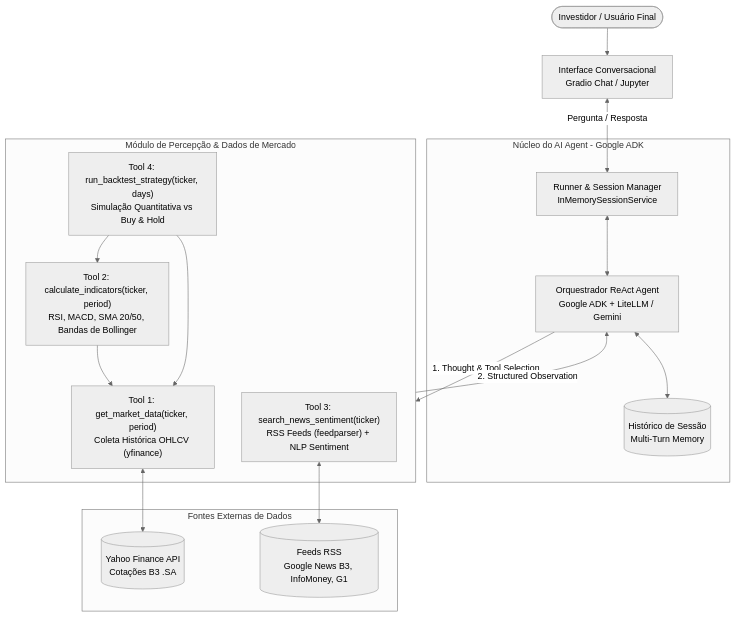
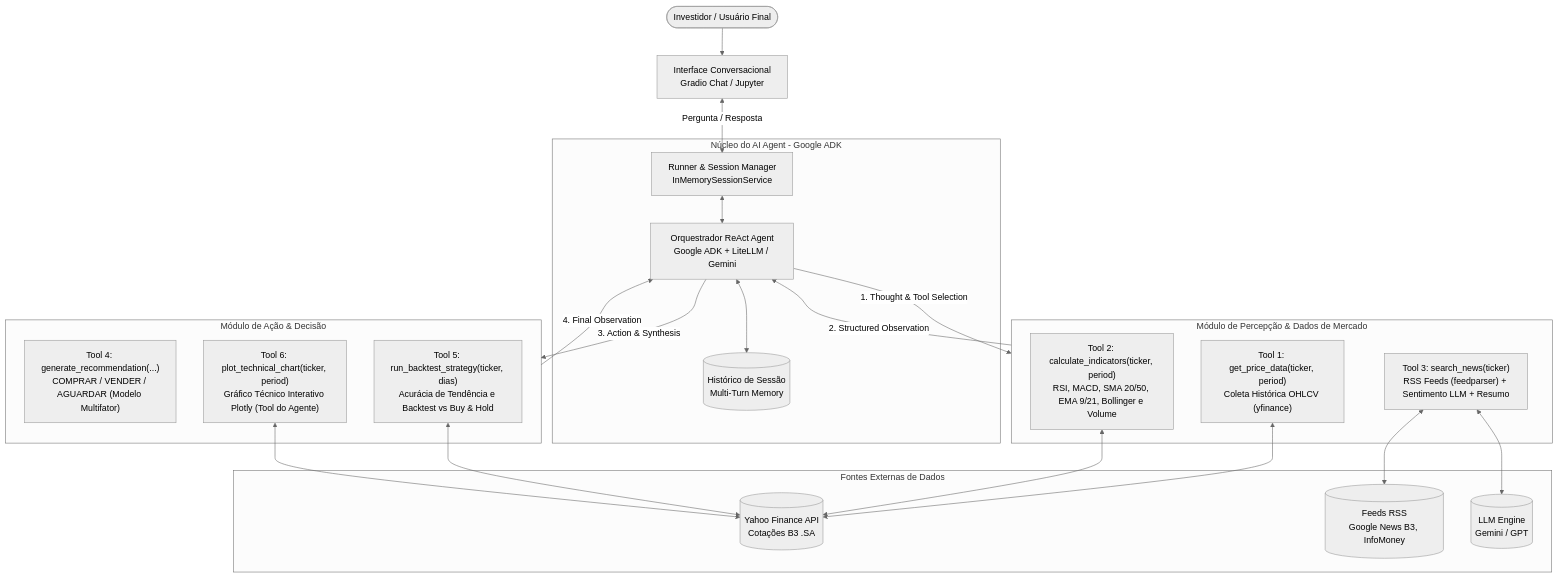
One commit to ricardol-peixoto/fiap-agents-and-agentic-ai changed the diagram in README.md. Above: the diagram before and after it, drawn with Mermaid (neutral theme). The commit also changed other lines of this file and 6 other files, not shown here.

````diff
--- a/README.md
+++ b/README.md
@@ -31,35 +31,44 @@
 ```mermaid
 flowchart TD
     User([Investidor / Usuário Final]) --> UI[Interface Conversacional\nGradio Chat / Jupyter]
     
     subgraph Core [Núcleo do AI Agent - Google ADK]
         Runner[Runner & Session Manager\nInMemorySessionService]
         Agent[Orquestrador ReAct Agent\nGoogle ADK + LiteLLM / Gemini]
         Memory[(Histórico de Sessão\nMulti-Turn Memory)]
     end
     
     UI <-->|Pergunta / Resposta| Runner
     Runner <--> Agent
     Agent <--> Memory
     
     subgraph Perception [Módulo de Percepção & Dados de Mercado]
-        T1["Tool 1: get_market_data(ticker, period)\nColeta Histórica OHLCV (yfinance)"]
-        T2["Tool 2: calculate_indicators(ticker, period)\nRSI, MACD, SMA 20/50, Bandas de Bollinger"]
-        T3["Tool 3: search_news_sentiment(ticker)\nRSS Feeds (feedparser) + NLP Sentiment"]
-        T4["Tool 4: run_backtest_strategy(ticker, days)\nSimulação Quantitativa vs Buy & Hold"]
+        T1["Tool 1: get_price_data(ticker, period)\nColeta Histórica OHLCV (yfinance)"]
+        T2["Tool 2: calculate_indicators(ticker, period)\nRSI, MACD, SMA 20/50, EMA 9/21, Bollinger e Volume"]
+        T3["Tool 3: search_news(ticker)\nRSS Feeds (feedparser) + Sentimento LLM + Resumo"]
+    end
+
+    subgraph Action [Módulo de Ação & Decisão]
+        T4["Tool 4: generate_recommendation(...)\nCOMPRAR / VENDER / AGUARDAR (Modelo Multifator)"]
+        T5["Tool 5: run_backtest_strategy(ticker, dias)\nAcurácia de Tendência e Backtest vs Buy & Hold"]
+        T6["Tool 6: plot_technical_chart(ticker, period)\nGráfico Técnico Interativo Plotly (Tool do Agente)"]
     end
     
     Agent -->|1. Thought & Tool Selection| Perception
     Perception -->|2. Structured Observation| Agent
+    Agent -->|3. Action & Synthesis| Action
+    Action -->|4. Final Observation| Agent
     
     subgraph ExternalSources [Fontes Externas de Dados]
         YF[(Yahoo Finance API\nCotações B3 .SA)]
-        RSS[(Feeds RSS\nGoogle News B3, InfoMoney, G1)]
+        RSS[(Feeds RSS\nGoogle News B3, InfoMoney)]
+        LLM[(LLM Engine\nGemini / GPT)]
     end
     
     T1 <--> YF
-    T2 --> T1
+    T2 <--> YF
     T3 <--> RSS
-    T4 --> T1
-    T4 --> T2
+    T3 <--> LLM
+    T5 <--> YF
+    T6 <--> YF
 ```
````
